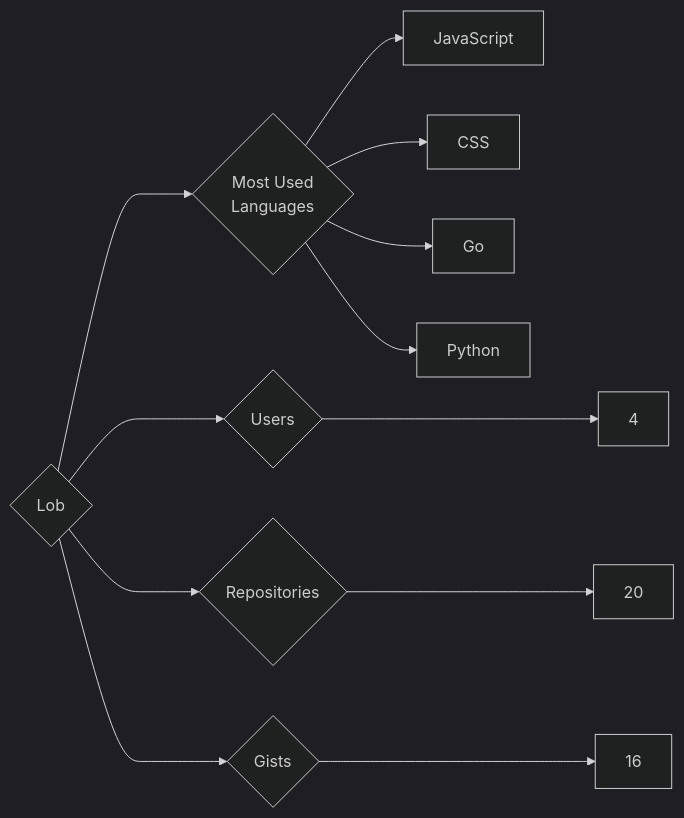
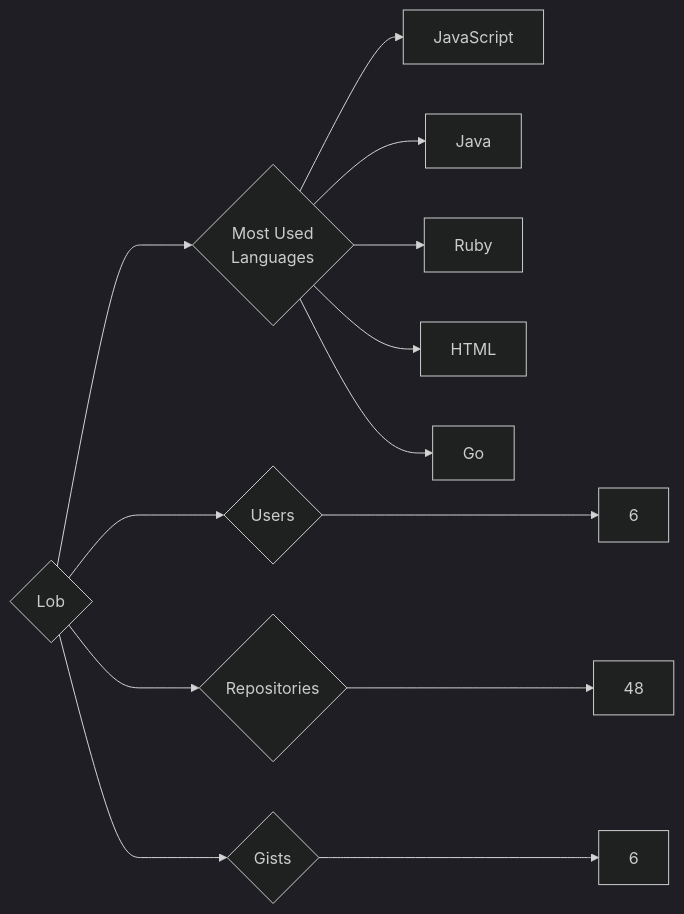
The diagram in targets/Lob/README.md (trickest/insiders), drawn with Mermaid (dark theme) before and after one commit. The commit also changed 932 other files, not shown here.

````diff
--- a/targets/Lob/README.md
+++ b/targets/Lob/README.md
@@ -3,12 +3,13 @@
 ```mermaid
 graph LR
 COMPANY_NAME{Lob}
-COMPANY_NAME ---> U{Users} ---> UN[4]
-COMPANY_NAME ---> R{Repositories} ---> RN[20]
-COMPANY_NAME ---> G{Gists} ---> GN[16]
+COMPANY_NAME ---> U{Users} ---> UN[6]
+COMPANY_NAME ---> R{Repositories} ---> RN[48]
+COMPANY_NAME ---> G{Gists} ---> GN[6]
 COMPANY_NAME ---> ML{Most Used<br>Languages}
 ML --> JavaScript[JavaScript]
-ML --> CSS[CSS]
+ML --> Java[Java]
+ML --> Ruby[Ruby]
+ML --> HTML[HTML]
 ML --> Go[Go]
-ML --> Python[Python]
 ```
````
